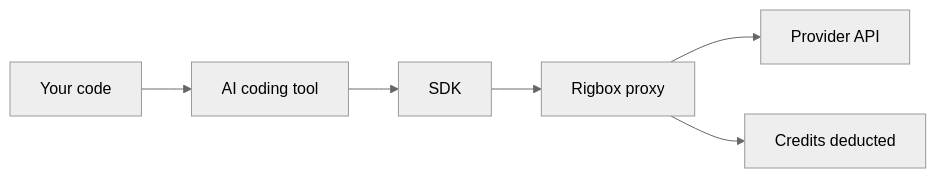
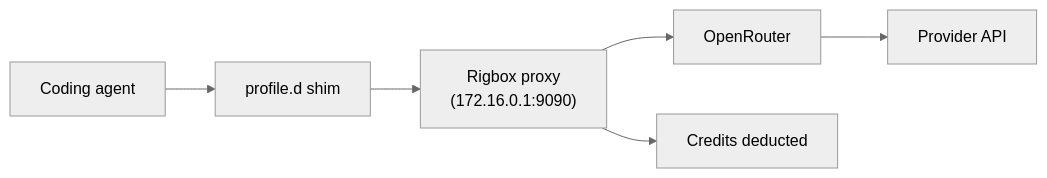
Before and after one commit to rigbox-dev/docs: the diagram in guides/ai-coding-tools.mdx, drawn with Mermaid (neutral theme). The commit also changed other lines of this file and 5 other files, not shown here.

````diff
--- a/guides/ai-coding-tools.mdx
+++ b/guides/ai-coding-tools.mdx
@@ -14,8 +16,9 @@
 ```mermaid
 flowchart LR
-    A[Your code] --> B[AI coding tool]
-    B --> C[SDK]
-    C --> D[Rigbox proxy]
+    A[Coding agent] --> B[profile.d shim]
+    B --> C["Rigbox proxy
+(172.16.0.1:9090)"]
+    C --> D[OpenRouter]
     D --> E[Provider API]
-    D --> F[Credits deducted]
+    C --> F[Credits deducted]
 ```
````
